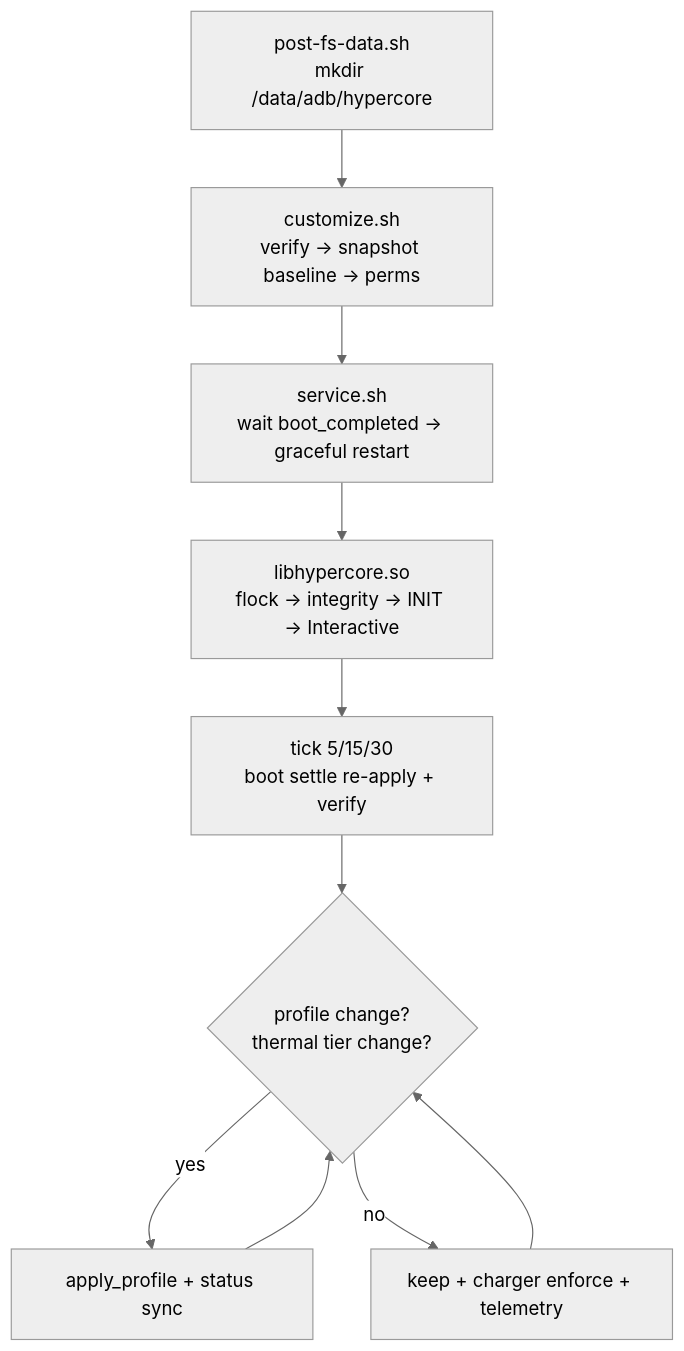
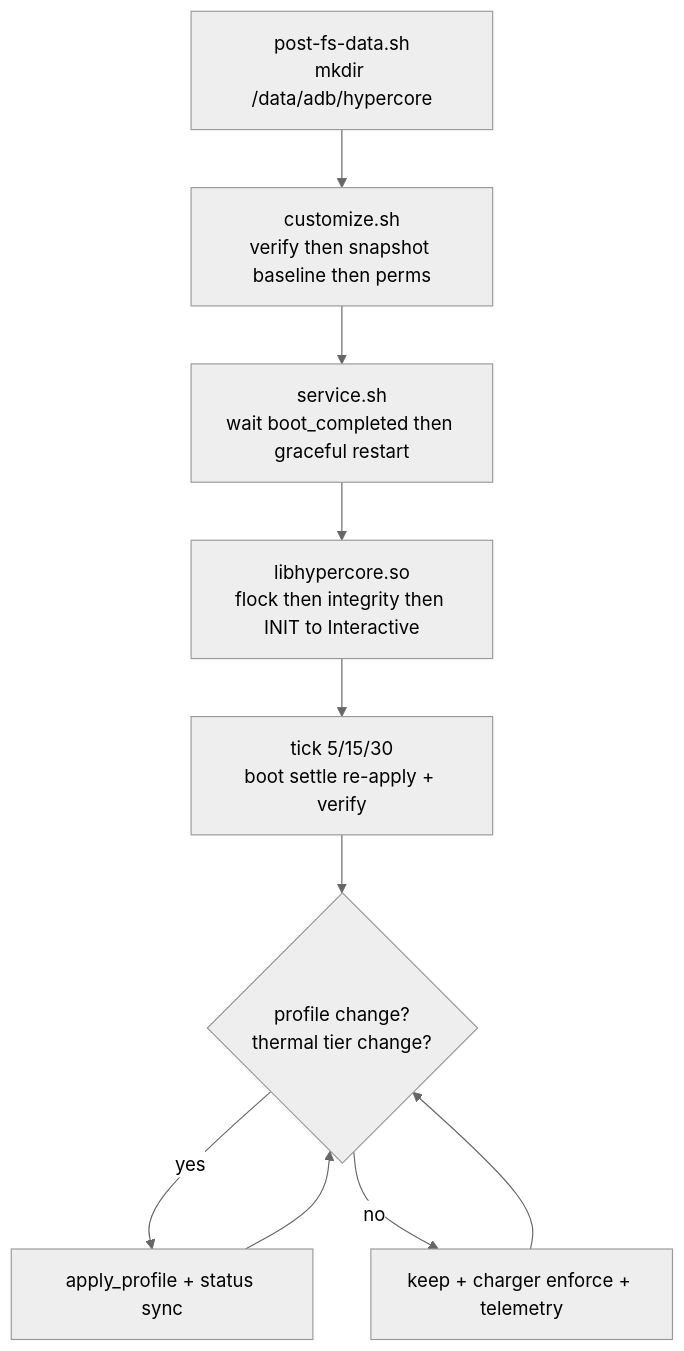
The third of 3 diagrams in README.md (itswill00/hypercore), drawn with Mermaid (neutral theme) before and after one commit. The commit also changed other lines of this file, not shown here.

````diff
--- a/README.md
+++ b/README.md
@@ -280,12 +280,12 @@
 ```mermaid
 flowchart TD
-    P[post-fs-data.sh<br/>mkdir /data/adb/hypercore] --> C[customize.sh<br/>verify → snapshot baseline → perms]
-    C --> S[service.sh<br/>wait boot_completed → graceful restart]
-    S --> D[libhypercore.so<br/>flock → integrity → INIT → Interactive]
+    P[post-fs-data.sh<br/>mkdir /data/adb/hypercore] --> C[customize.sh<br/>verify then snapshot baseline then perms]
+    C --> S[service.sh<br/>wait boot_completed then graceful restart]
+    S --> D[libhypercore.so<br/>flock then integrity then INIT to Interactive]
     D --> T5[tick 5/15/30<br/>boot settle re-apply + verify]
     T5 --> L{profile change?<br/>thermal tier change?}
     L -->|yes| A[apply_profile + status sync]
     L -->|no| K[keep + charger enforce + telemetry]
     A --> L
     K --> L
 ```
````
